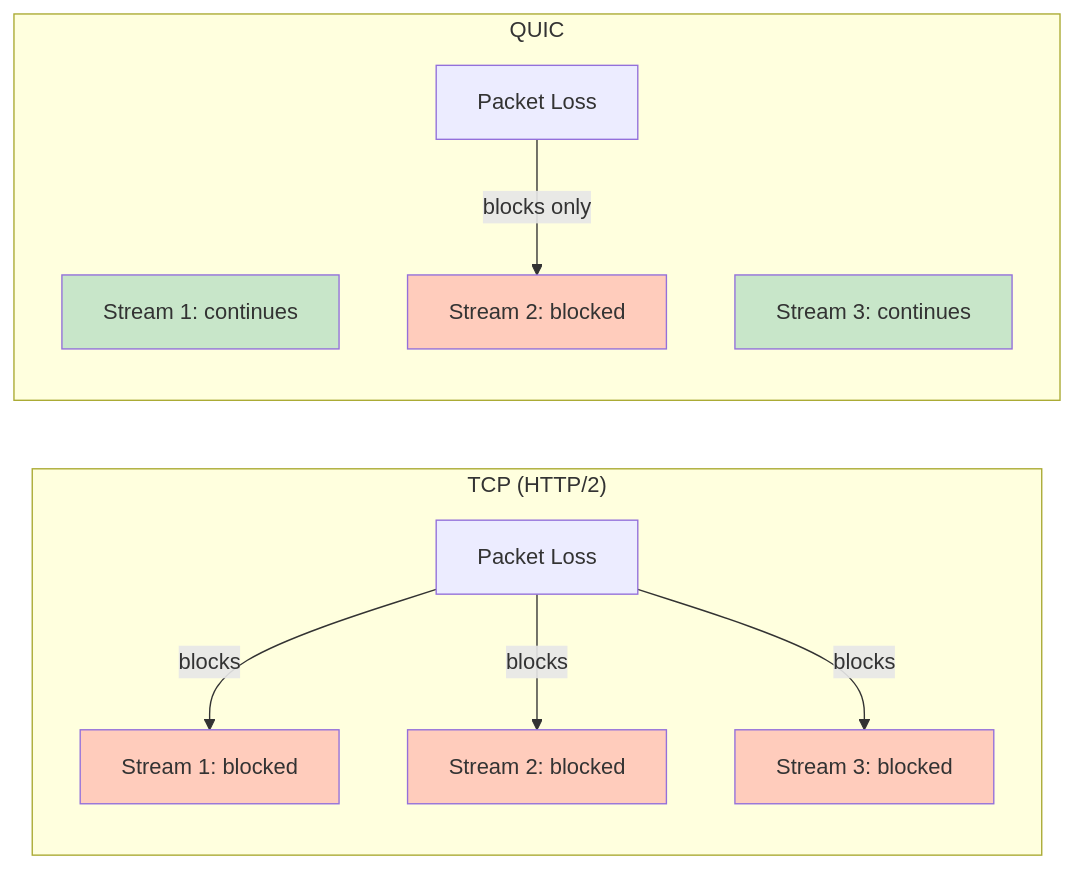
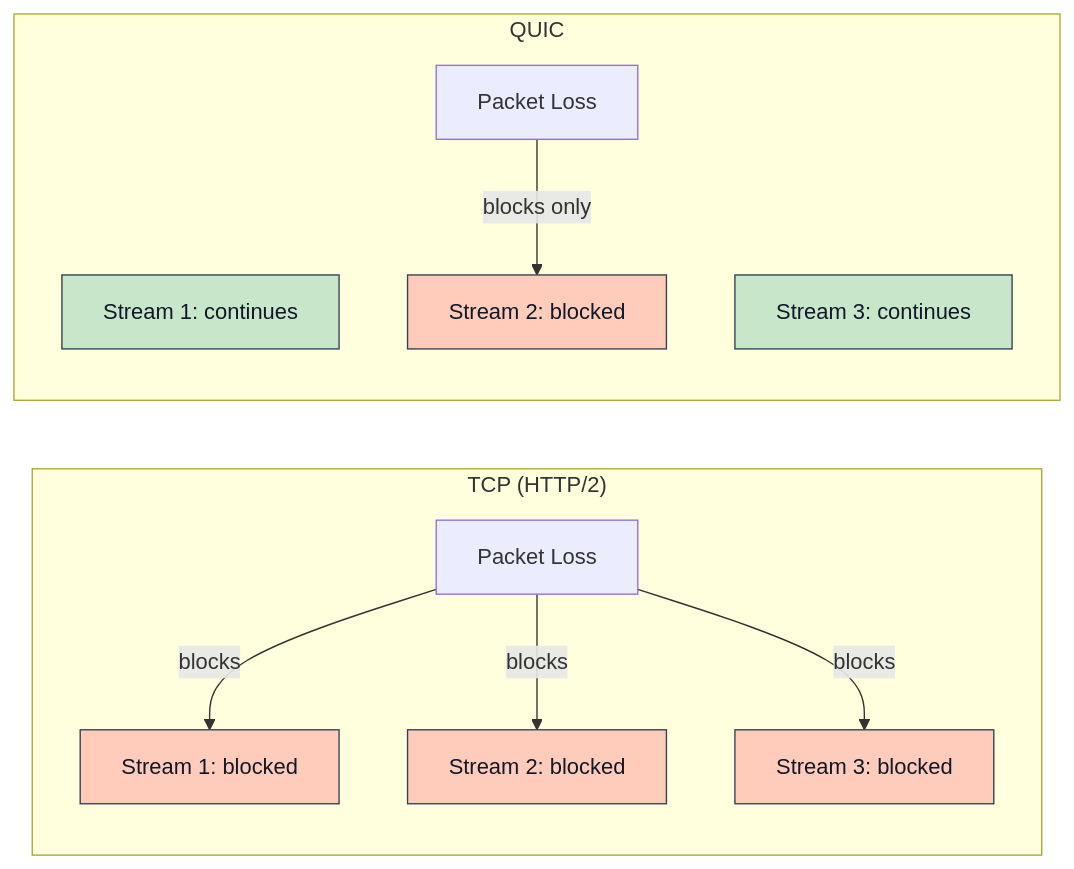
The second of 5 diagrams in docs-site/src/content/docs/features/quic-transport.md (gabloe/felix), drawn with Mermaid before and after one commit. The commit also changed 36 other files, not shown here.

````diff
--- a/docs-site/src/content/docs/features/quic-transport.md
+++ b/docs-site/src/content/docs/features/quic-transport.md
@@ -39,25 +39,25 @@
 ```mermaid
 graph LR
     subgraph "TCP (HTTP/2)"
         S1[Stream 1: blocked]
         S2[Stream 2: blocked]
         S3[Stream 3: blocked]
         Loss[Packet Loss] -->|blocks| S1
         Loss -->|blocks| S2
         Loss -->|blocks| S3
     end
     
     subgraph "QUIC"
         Q1[Stream 1: continues]
         Q2[Stream 2: blocked]
         Q3[Stream 3: continues]
         Loss2[Packet Loss] -->|blocks only| Q2
     end
     
-    style S1 fill:#ffccbc
-    style S2 fill:#ffccbc
-    style S3 fill:#ffccbc
-    style Q1 fill:#c8e6c9
-    style Q2 fill:#ffccbc
-    style Q3 fill:#c8e6c9
+    style S1 fill:#ffccbc,stroke:#334155,color:#111827
+    style S2 fill:#ffccbc,stroke:#334155,color:#111827
+    style S3 fill:#ffccbc,stroke:#334155,color:#111827
+    style Q1 fill:#c8e6c9,stroke:#334155,color:#111827
+    style Q2 fill:#ffccbc,stroke:#334155,color:#111827
+    style Q3 fill:#c8e6c9,stroke:#334155,color:#111827
 ```
````
